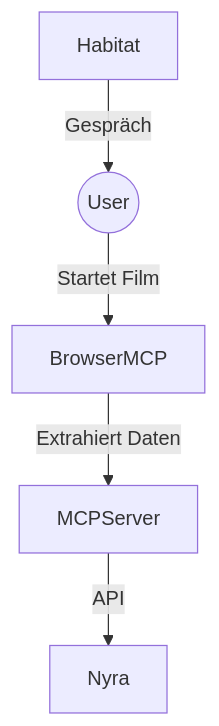
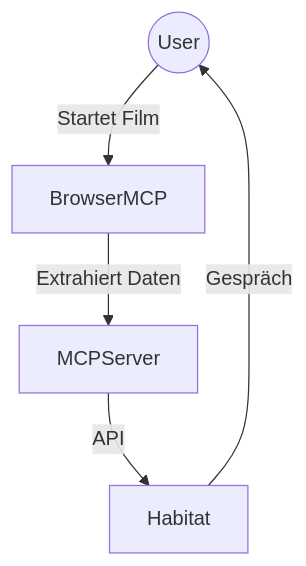
The diagram in docs/architecture.md (KT-Society/movie-mcp-prototype), drawn with Mermaid before and after one commit. The commit also changed other lines of this file and 16 other files, not shown here.

````diff
--- a/docs/architecture.md
+++ b/docs/architecture.md
@@ -34,7 +34,7 @@
 ```mermaid
 graph TD;
     User((User)) -->|Startet Film| BrowserMCP
     BrowserMCP -->|Extrahiert Daten| MCPServer
-    MCPServer -->|API| Nyra
+    MCPServer -->|API| Habitat
     Habitat -->|Gespräch| User
 ```
````
